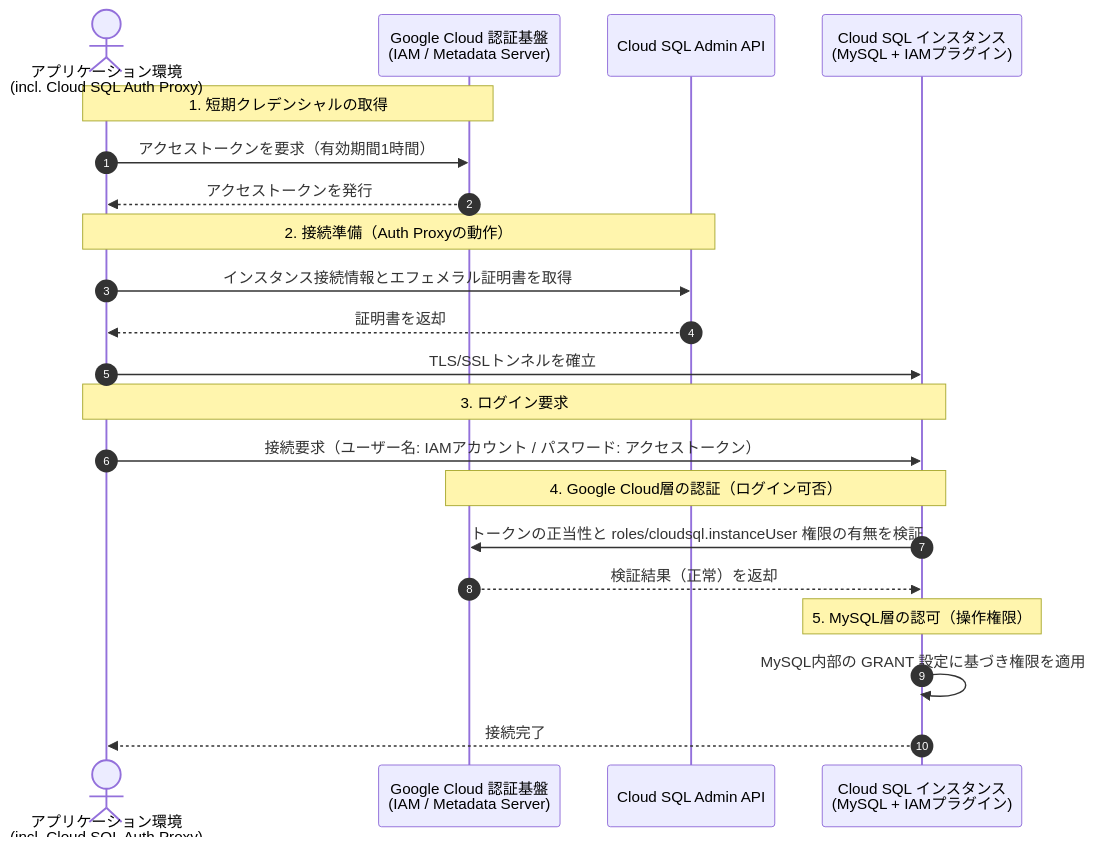
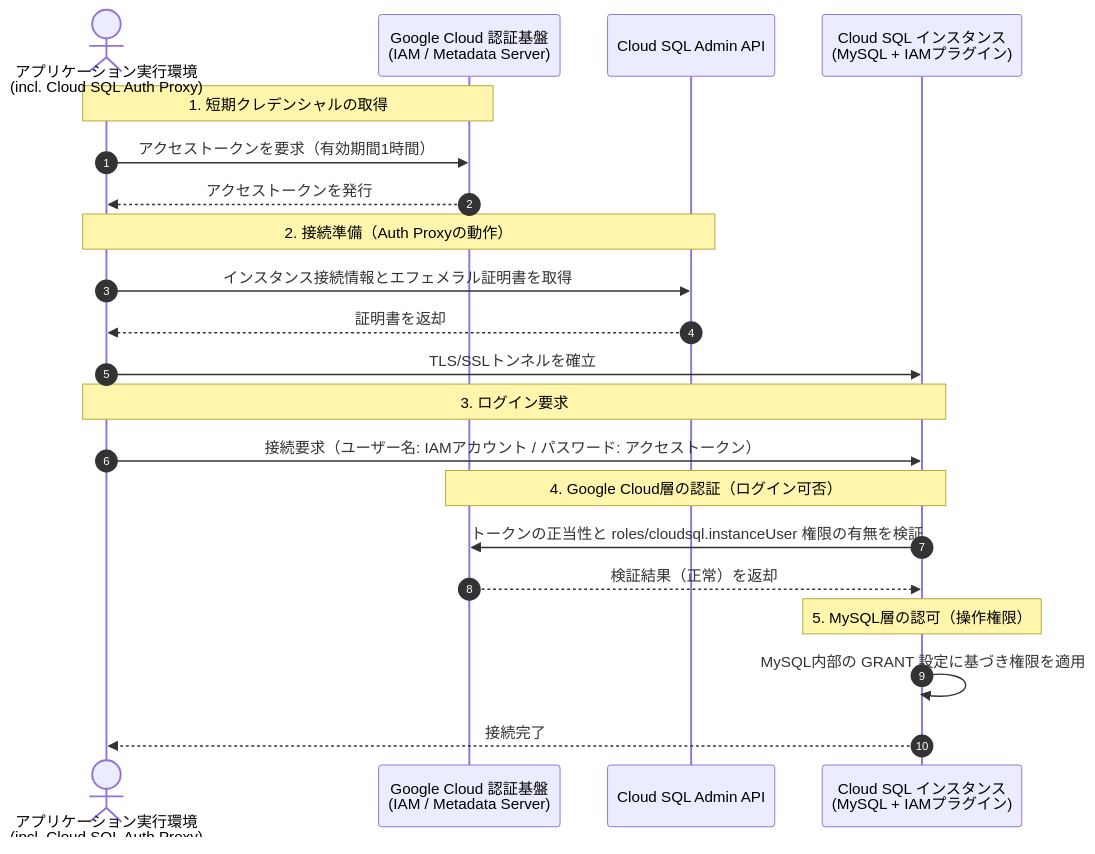
The diagram in articles/fd3512f0492595.md (michity15169/zenn-content), drawn with Mermaid before and after one commit. The commit also changed other lines of this file, not shown here.

````diff
--- a/articles/fd3512f0492595.md
+++ b/articles/fd3512f0492595.md
@@ -35,28 +36,28 @@
 ```mermaid
 sequenceDiagram
     autonumber
-    actor App as アプリケーション環境<br/>(incl. Cloud SQL Auth Proxy)
+    actor App as アプリケーション実行環境<br/>(incl. Cloud SQL Auth Proxy)
     participant IAM as Google Cloud 認証基盤<br/>(IAM / Metadata Server)
     participant AdminAPI as Cloud SQL Admin API
     participant DB as Cloud SQL インスタンス<br/>(MySQL + IAMプラグイン)
 
     Note over App,IAM: 1. 短期クレデンシャルの取得
     App->>IAM: アクセストークンを要求（有効期間1時間）
     IAM-->>App: アクセストークンを発行
 
     Note over App,AdminAPI: 2. 接続準備（Auth Proxyの動作）
     App->>AdminAPI: インスタンス接続情報とエフェメラル証明書を取得
     AdminAPI-->>App: 証明書を返却
     App->>DB: TLS/SSLトンネルを確立
 
     Note over App,DB: 3. ログイン要求
     App->>DB: 接続要求（ユーザー名: IAMアカウント / パスワード: アクセストークン）
 
     Note over DB,IAM: 4. Google Cloud層の認証（ログイン可否）
     DB->>IAM: トークンの正当性と roles/cloudsql.instanceUser 権限の有無を検証
     IAM-->>DB: 検証結果（正常）を返却
 
     Note over DB: 5. MySQL層の認可（操作権限）
     DB->>DB: MySQL内部の GRANT 設定に基づき権限を適用
     DB-->>App: 接続完了
 ```
````
